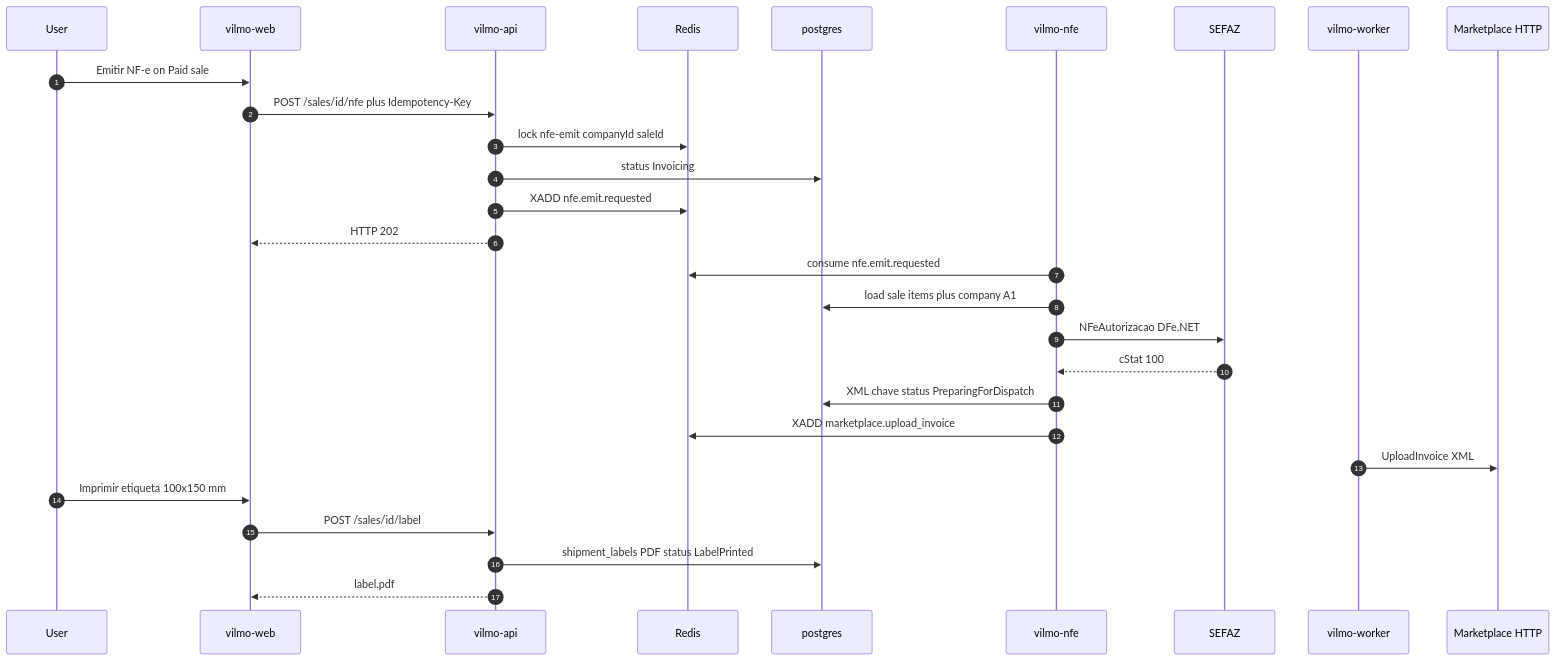
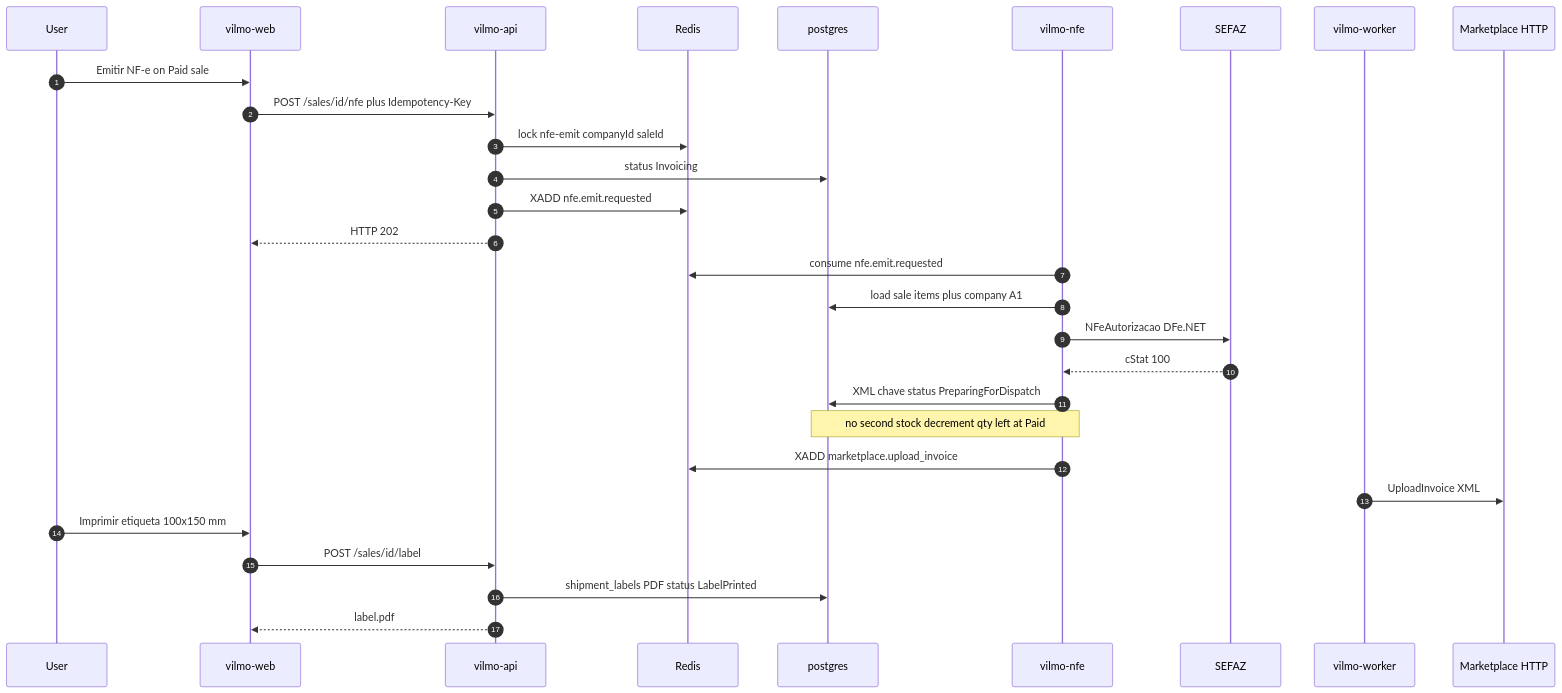
Before and after one commit to andrevilmo/VilmoMarketingEngine: the diagram in MD/architecture/arch_03_seq_nfe.mmd, drawn with Mermaid. The commit also changed 13 other files, not shown here.

```diff
--- a/MD/architecture/arch_03_seq_nfe.mmd
+++ b/MD/architecture/arch_03_seq_nfe.mmd
@@ -1,29 +1,30 @@
 sequenceDiagram
   autonumber
   participant User
   participant Web as vilmo-web
   participant Api as vilmo-api
   participant Redis
   participant Pg as postgres
   participant Nfe as vilmo-nfe
   participant Sefaz as SEFAZ
   participant Worker as vilmo-worker
   participant MPAPI as Marketplace HTTP
 
   User->>Web: Emitir NF-e on Paid sale
   Web->>Api: POST /sales/id/nfe plus Idempotency-Key
   Api->>Redis: lock nfe-emit companyId saleId
   Api->>Pg: status Invoicing
   Api->>Redis: XADD nfe.emit.requested
   Api-->>Web: HTTP 202
   Nfe->>Redis: consume nfe.emit.requested
   Nfe->>Pg: load sale items plus company A1
   Nfe->>Sefaz: NFeAutorizacao DFe.NET
   Sefaz-->>Nfe: cStat 100
   Nfe->>Pg: XML chave status PreparingForDispatch
+  Note over Nfe,Pg: no second stock decrement qty left at Paid
   Nfe->>Redis: XADD marketplace.upload_invoice
   Worker->>MPAPI: UploadInvoice XML
   User->>Web: Imprimir etiqueta 100x150 mm
   Web->>Api: POST /sales/id/label
   Api->>Pg: shipment_labels PDF status LabelPrinted
   Api-->>Web: label.pdf
```
